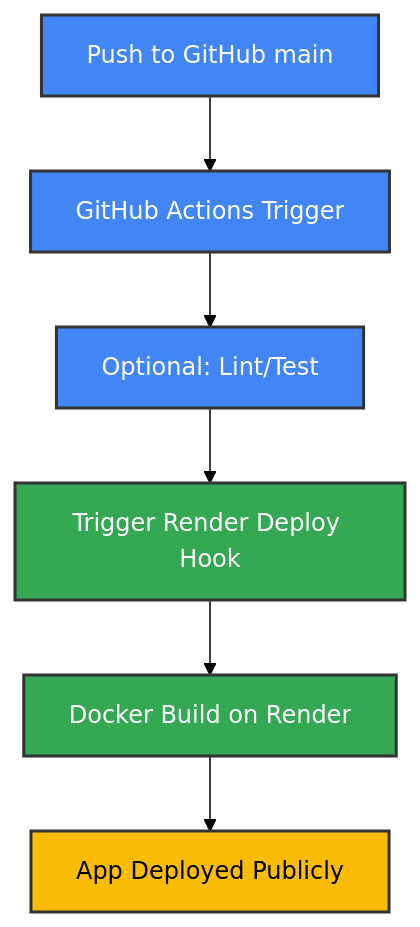
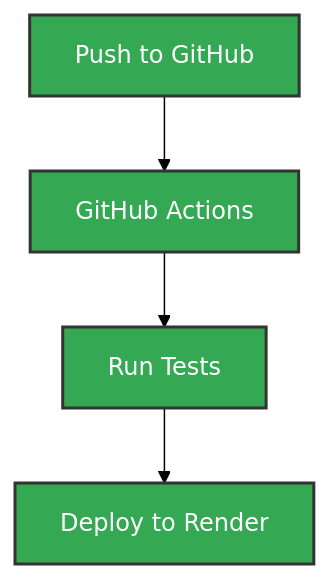
The second of 2 diagrams in README.md (Sumanthcs4/Crop-Yield-Prediction), drawn with Mermaid (forest theme) before and after one commit. The commit also changed other lines of this file, not shown here.

````diff
--- a/README.md
+++ b/README.md
@@ -70,16 +35,9 @@
 ```mermaid
 graph TD
-    A[Push to GitHub main] --> B[GitHub Actions Trigger]
-    B --> C[Optional: Lint/Test]
-    C --> D[Trigger Render Deploy Hook]
-    D --> E[Docker Build on Render]
-    E --> F[App Deployed Publicly]
+    A[Push to GitHub] --> B[GitHub Actions]
+    B --> C[Run Tests]
+    C --> D[Deploy to Render]
 
-    classDef process fill:#fbbc05,stroke:#333,stroke-width:2px,color:black
-    classDef success fill:#34a853,stroke:#333,stroke-width:2px,color:white
-    classDef trigger fill:#4285f4,stroke:#333,stroke-width:2px,color:white
-
-    class A,B,C trigger
-    class D,E success
-    class F process
+    classDef stage fill:#34a853,stroke:#333,stroke-width:2px,color:white
+    class A,B,C,D stage
 ```
````
